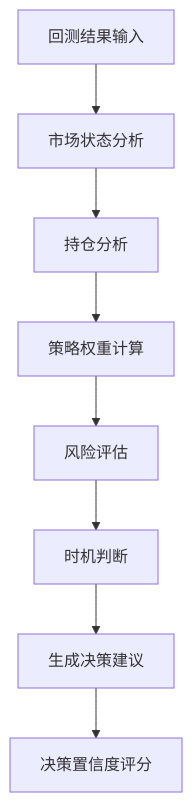
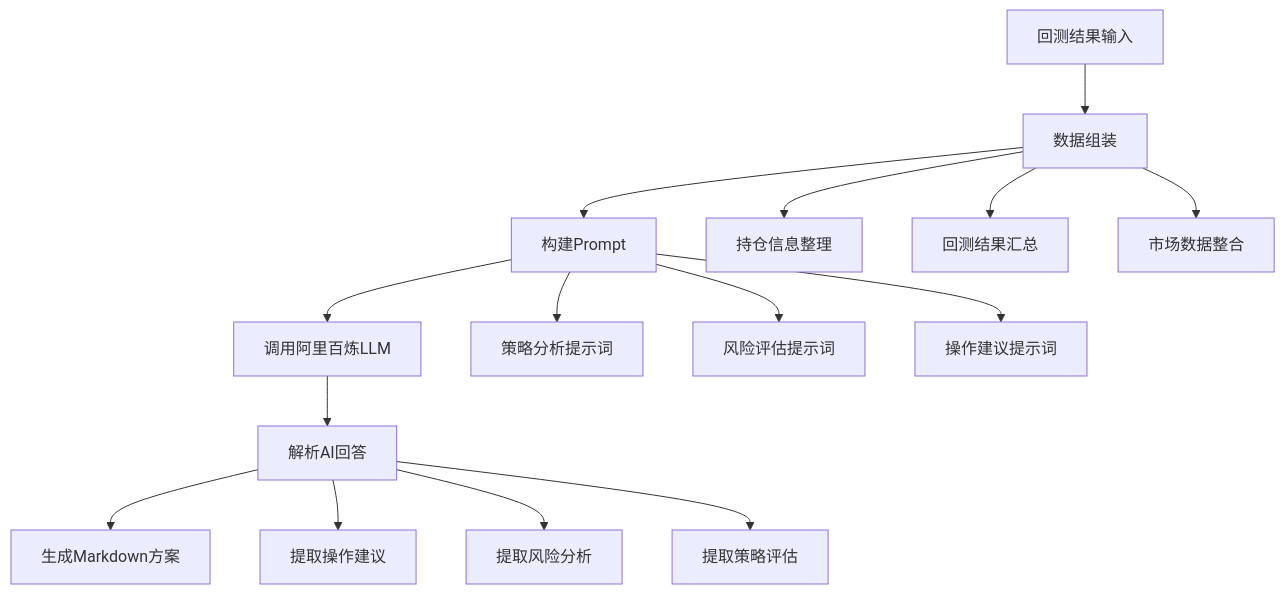
One commit to Casper-Mars/trading changed the fourth of 7 diagrams in .trae/documents/quantitative_system_prd.md. Above: the diagram before and after it, drawn with Mermaid. The commit also changed other lines of this file, not shown here.

````diff
--- a/.trae/documents/quantitative_system_prd.md
+++ b/.trae/documents/quantitative_system_prd.md
@@ -492,10 +485,20 @@
 ```mermaid
 flowchart TD
-    A[回测结果输入] --> B[市场状态分析]
-    B --> C[持仓分析]
-    C --> D[策略权重计算]
-    D --> E[风险评估]
-    E --> F[时机判断]
-    F --> G[生成决策建议]
-    G --> H[决策置信度评分]
+    A[回测结果输入] --> B[数据组装]
+    B --> C[构建Prompt]
+    C --> D[调用阿里百炼LLM]
+    D --> E[解析AI回答]
+    E --> F[生成Markdown方案]
+    
+    B --> B1[持仓信息整理]
+    B --> B2[回测结果汇总]
+    B --> B3[市场数据整合]
+    
+    C --> C1[策略分析提示词]
+    C --> C2[风险评估提示词]
+    C --> C3[操作建议提示词]
+    
+    E --> E1[提取操作建议]
+    E --> E2[提取风险分析]
+    E --> E3[提取策略评估]
 ```
````
